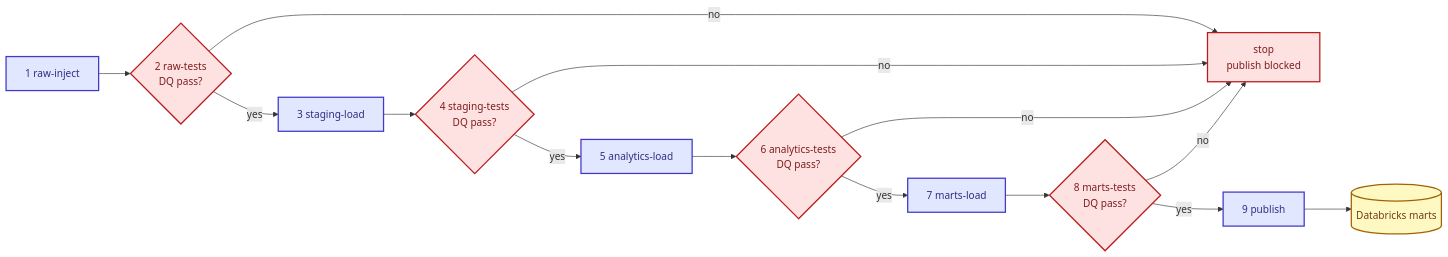
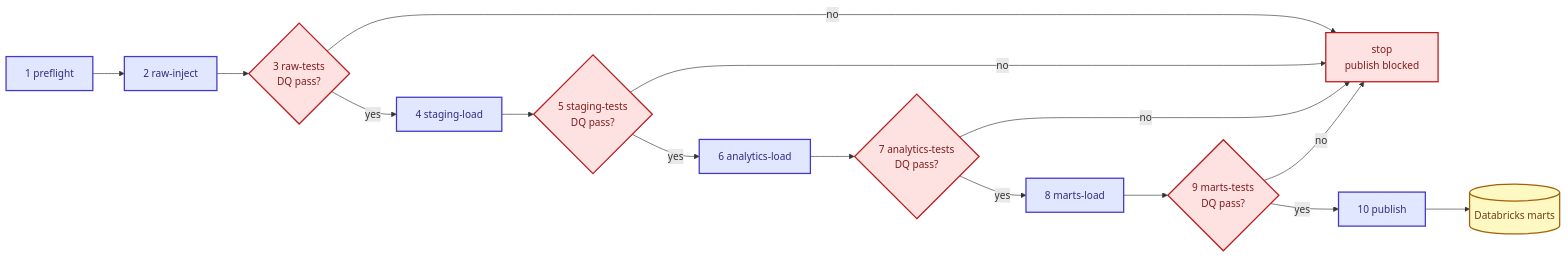
The fourth of 6 diagrams in docs/PROBLEM.md (Nitinx12/Banking-Delta-Lakehouse), drawn with Mermaid before and after one commit. The commit also changed other lines of this file and 16 other files, not shown here.

Commit message:
docs: document the 10-step order, preflight config and staleness rule

````diff
--- a/docs/PROBLEM.md
+++ b/docs/PROBLEM.md
@@ -178,23 +178,24 @@
 ```mermaid
 flowchart LR
-    S1["1 raw-inject"] --> G1{"2 raw-tests<br/>DQ pass?"}
-    G1 -->|yes| S3["3 staging-load"]
+    PRE["1 preflight"] --> S1["2 raw-inject"]
+    S1 --> G1{"3 raw-tests<br/>DQ pass?"}
+    G1 -->|yes| S3["4 staging-load"]
     G1 -->|no| STOP["stop<br/>publish blocked"]
-    S3 --> G2{"4 staging-tests<br/>DQ pass?"}
-    G2 -->|yes| S5["5 analytics-load"]
+    S3 --> G2{"5 staging-tests<br/>DQ pass?"}
+    G2 -->|yes| S5["6 analytics-load"]
     G2 -->|no| STOP
-    S5 --> G3{"6 analytics-tests<br/>DQ pass?"}
-    G3 -->|yes| S7["7 marts-load"]
+    S5 --> G3{"7 analytics-tests<br/>DQ pass?"}
+    G3 -->|yes| S7["8 marts-load"]
     G3 -->|no| STOP
-    S7 --> G4{"8 marts-tests<br/>DQ pass?"}
-    G4 -->|yes| S9["9 publish"]
+    S7 --> G4{"9 marts-tests<br/>DQ pass?"}
+    G4 -->|yes| S9["10 publish"]
     G4 -->|no| STOP
     S9 --> DELTA[("Databricks marts")]
 
     classDef step fill:#e0e7ff,stroke:#4338ca,color:#312e81,stroke-width:2px
     classDef gate fill:#fee2e2,stroke:#b91c1c,color:#7f1d1d,stroke-width:2px
     classDef delta fill:#fef9c3,stroke:#a16207,color:#713f12,stroke-width:2px
-    class S1,S3,S5,S7,S9 step
+    class PRE,S1,S3,S5,S7,S9 step
     class G1,G2,G3,G4,STOP gate
     class DELTA delta
 ```
````
